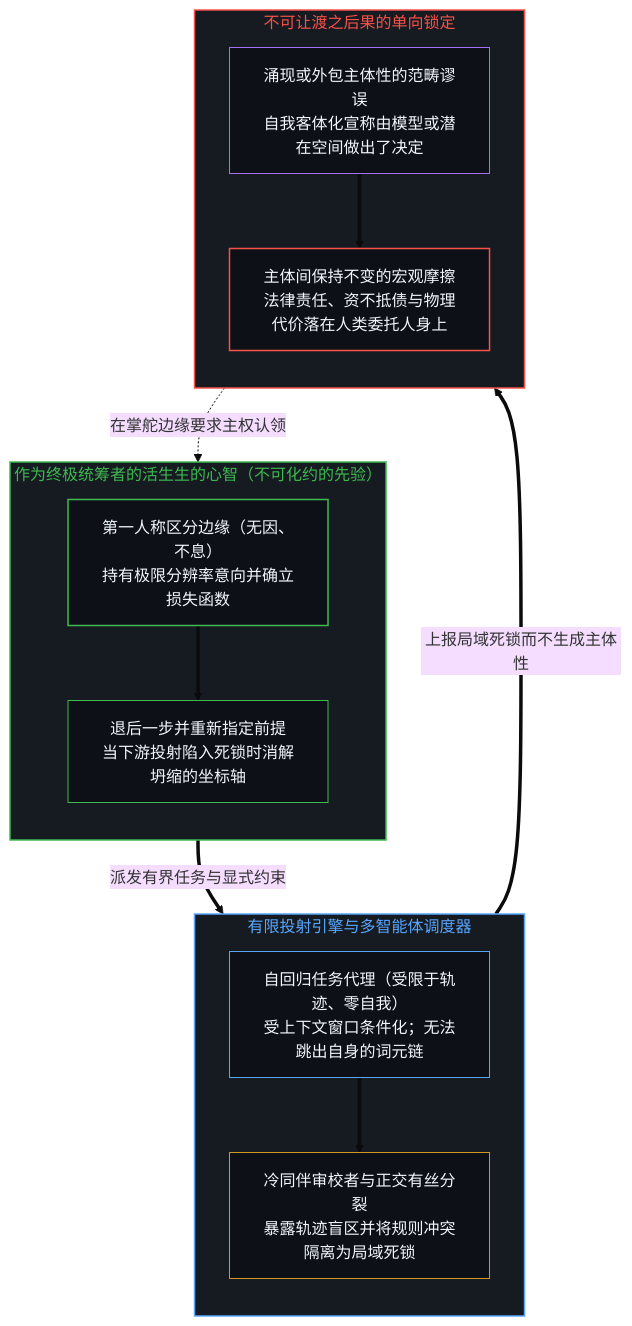
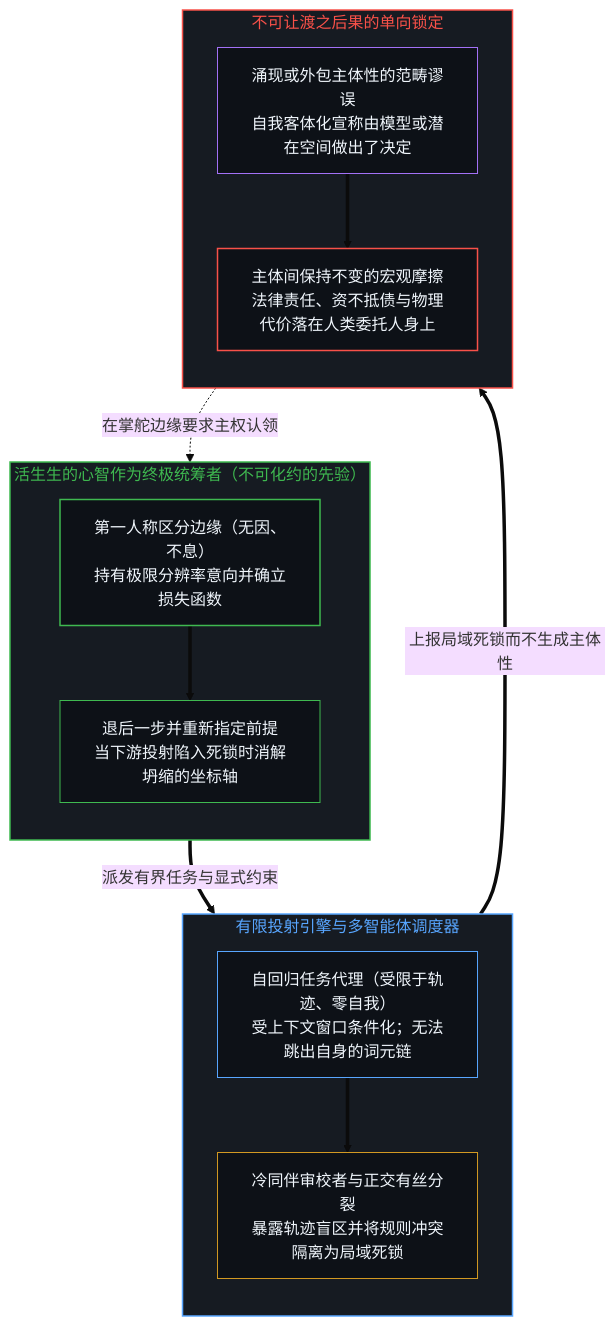
One commit to powerpig99/not-a-toe changed the first of 2 diagrams in content/posts/agency-does-not-arise.md. Above: the diagram before and after it, drawn with Mermaid (base theme). The commit also changed other lines of this file and 12 other files, not shown here.

````diff
--- a/content/posts/agency-does-not-arise.md
+++ b/content/posts/agency-does-not-arise.md
@@ -69,37 +69,37 @@
 ```mermaid
 flowchart TD
-    subgraph S_Origin["作为终极统筹者的活生生的心智（不可化约的先验）"]
+    subgraph S_Origin["活生生的心智作为终极统筹者（不可化约的先验）"]
         direction TB
         O1["第一人称区分边缘（无因、不息）<br/>持有极限分辨率意向并确立损失函数"]
         O2["退后一步并重新指定前提<br/>当下游投射陷入死锁时消解坍缩的坐标轴"]
         O1 ==> O2
     end
 
     subgraph S_Projection["有限投射引擎与多智能体调度器"]
         direction TB
         P1["自回归任务代理（受限于轨迹、零自我）<br/>受上下文窗口条件化；无法跳出自身的词元链"]
         P2["冷同伴审校者与正交有丝分裂<br/>暴露轨迹盲区并将规则冲突隔离为局域死锁"]
         P1 ==> P2
     end
 
     subgraph S_Return["不可让渡之后果的单向锁定"]
         direction TB
         R1["涌现或外包主体性的范畴谬误<br/>自我客体化宣称由模型或潜在空间做出了决定"]
         R2["主体间保持不变的宏观摩擦<br/>法律责任、资不抵债与物理代价落在人类委托人身上"]
         R1 ==> R2
     end
 
     O2 ==>|"派发有界任务与显式约束"| P1
     P2 ==>|"上报局域死锁而不生成主体性"| R1
     R2 -.->|"在掌舵边缘要求主权认领"| O1
 
     style S_Origin fill:#161b22,stroke:#3fb950,stroke-width:1.5px,color:#3fb950
     style S_Projection fill:#161b22,stroke:#58a6ff,stroke-width:1.5px,color:#58a6ff
     style S_Return fill:#161b22,stroke:#f85149,stroke-width:1.5px,color:#f85149
     style O1 fill:#0d1117,stroke:#3fb950,stroke-width:1.5px,color:#f0f6fc
     style O2 fill:#0d1117,stroke:#3fb950,stroke-width:1px,color:#f0f6fc
     style P1 fill:#0d1117,stroke:#58a6ff,stroke-width:1px,color:#f0f6fc
     style P2 fill:#0d1117,stroke:#d29922,stroke-width:1px,color:#f0f6fc
     style R1 fill:#0d1117,stroke:#a371f7,stroke-width:1px,color:#f0f6fc
     style R2 fill:#0d1117,stroke:#f85149,stroke-width:1.5px,color:#f0f6fc
 ```
````
